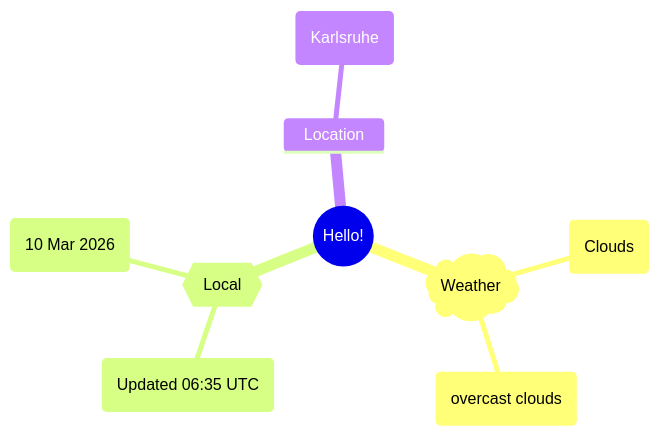
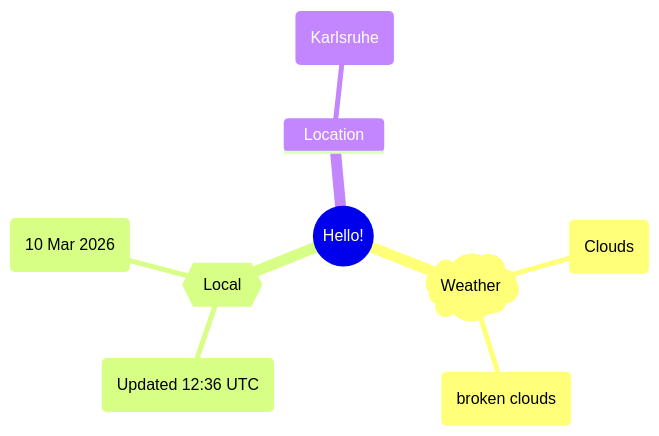
Before and after one commit to Xosrov/Xosrov: the first of 2 diagrams in README.md, drawn with Mermaid.

Commit message:
[bot] updated images

````diff
--- a/README.md
+++ b/README.md
@@ -3,12 +3,12 @@
 ```mermaid
 mindmap
   root((Hello!))
     )Weather(
         (Clouds)
-        (overcast clouds)
+        (broken clouds)
     {{Local}}
-        (Updated 06:35 UTC)
+        (Updated 12:36 UTC)
         (10 Mar 2026)
     Location
         (Karlsruhe)
 ```
````
